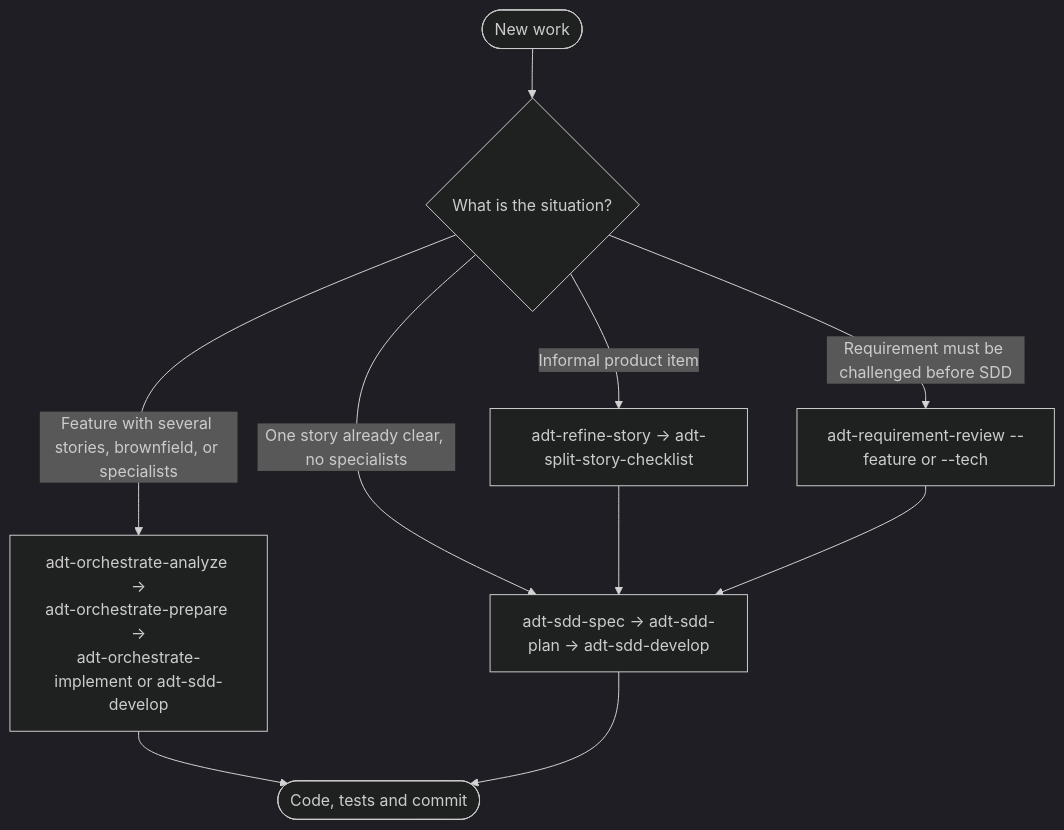
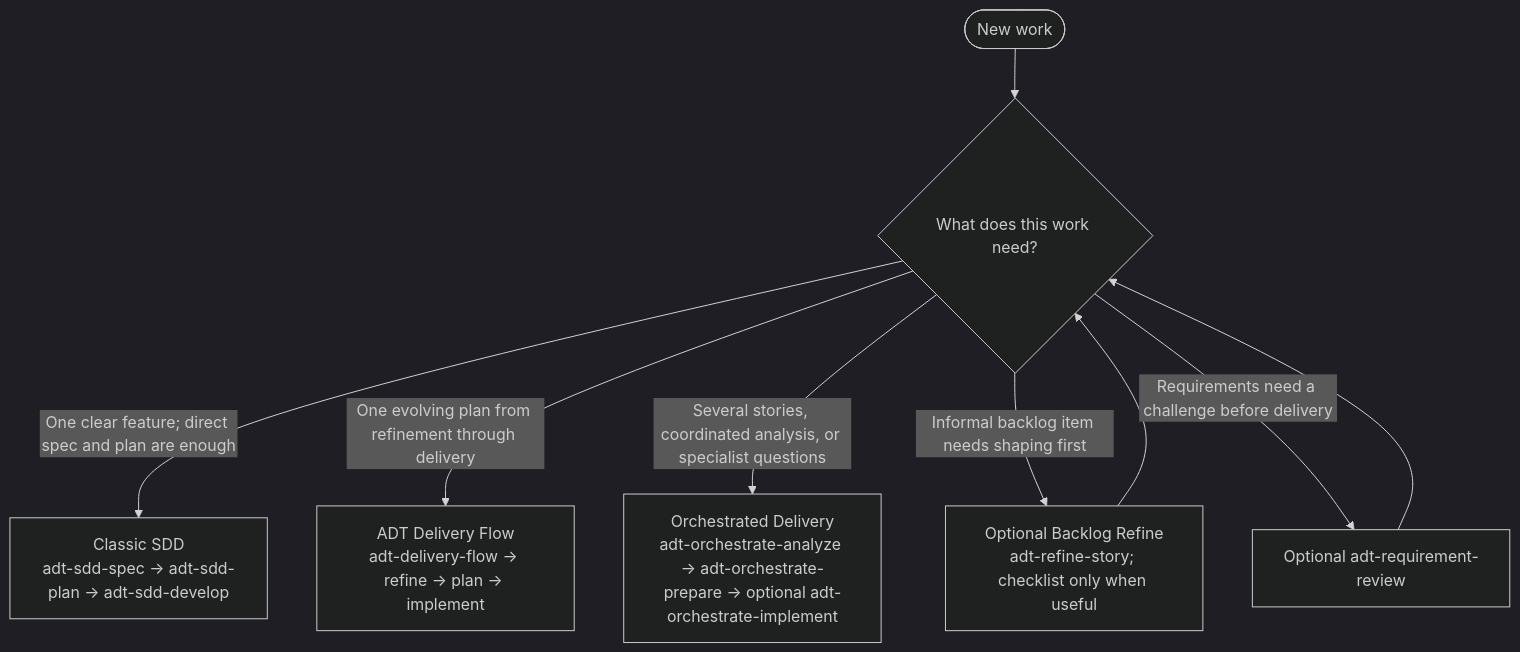
One commit to tibursocampos/agent-dev-toolkit changed the diagram in docs/guides/flow-selection.md. Above: the diagram before and after it, drawn with Mermaid (dark theme). The commit also changed other lines of this file and 18 other files, not shown here.

Commit message:
docs(workflows): explain the three feature delivery paths

````diff
--- a/docs/guides/flow-selection.md
+++ b/docs/guides/flow-selection.md
@@ -7,12 +7,11 @@
 ```mermaid
 flowchart TD
-  Start([New work]) --> Q{What is the situation?}
-  Q -->|Feature with several stories, brownfield, or specialists| ORCH["adt-orchestrate-analyze →<br/>adt-orchestrate-prepare →<br/>adt-orchestrate-implement or adt-sdd-develop"]
-  Q -->|One story already clear, no specialists| SDD["adt-sdd-spec → adt-sdd-plan → adt-sdd-develop"]
-  Q -->|Informal product item| REF["adt-refine-story → adt-split-story-checklist"]
-  Q -->|Requirement must be challenged before SDD| REV["adt-requirement-review --feature or --tech"]
-  REF --> SDD
-  REV --> SDD
-  ORCH --> Done([Code, tests and commit])
-  SDD --> Done
+  Start([New work]) --> Q{What does this work need?}
+  Q -->|One clear feature; direct spec and plan are enough| CLASSIC["Classic SDD<br/>adt-sdd-spec → adt-sdd-plan → adt-sdd-develop"]
+  Q -->|One evolving plan from refinement through delivery| DELIVERY["ADT Delivery Flow<br/>adt-delivery-flow → refine → plan → implement"]
+  Q -->|Several stories, coordinated analysis, or specialist questions| ORCH["Orchestrated Delivery<br/>adt-orchestrate-analyze → adt-orchestrate-prepare → optional adt-orchestrate-implement"]
+  Q -->|Informal backlog item needs shaping first| REF["Optional Backlog Refine<br/>adt-refine-story; checklist only when useful"]
+  Q -->|Requirements need a challenge before delivery| REVIEW["Optional adt-requirement-review"]
+  REF --> Q
+  REVIEW --> Q
 ```
````
